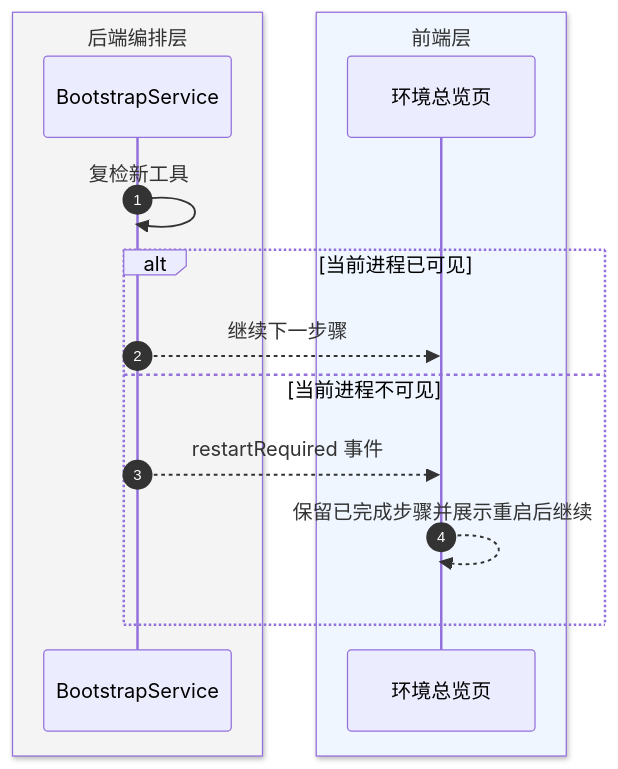
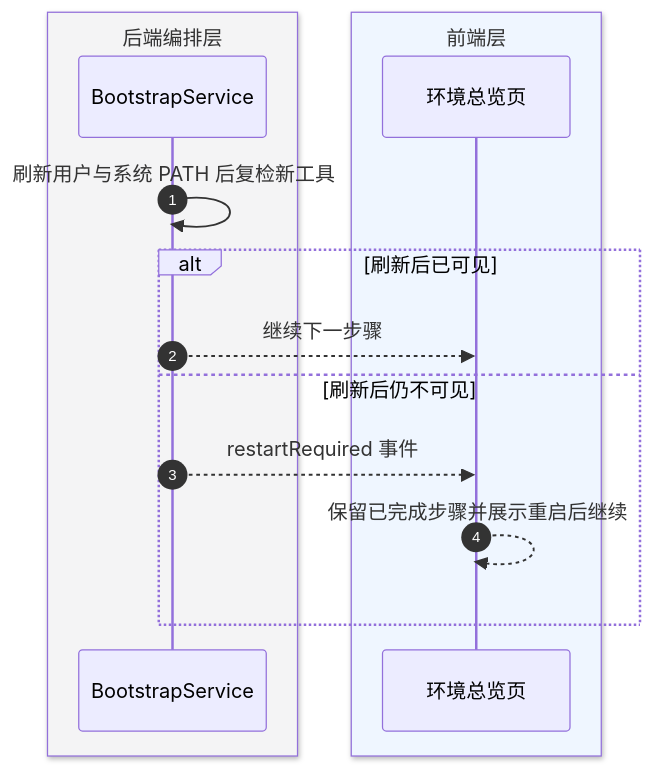
One commit to exception-coder/kai-toolbox changed the fourth of 5 diagrams in docs/design/Forge研发环境看板/Forge研发环境看板-current.md. Above: the diagram before and after it, drawn with Mermaid. The commit also changed other lines of this file and 16 other files, not shown here.

````diff
--- a/docs/design/Forge研发环境看板/Forge研发环境看板-current.md
+++ b/docs/design/Forge研发环境看板/Forge研发环境看板-current.md
@@ -182,18 +182,18 @@
 ```mermaid
 sequenceDiagram
     autonumber
     box rgb(244, 244, 245) 后端编排层
         participant BOOT as BootstrapService
     end
     box rgb(239, 246, 255) 前端层
         participant PAGE as 环境总览页
     end
 
-    BOOT->>BOOT: 复检新工具
-    alt 当前进程已可见
+    BOOT->>BOOT: 刷新用户与系统 PATH 后复检新工具
+    alt 刷新后已可见
         BOOT-->>PAGE: 继续下一步骤
-    else 当前进程不可见
+    else 刷新后仍不可见
         BOOT-->>PAGE: restartRequired 事件
         PAGE-->>PAGE: 保留已完成步骤并展示重启后继续
     end
 ```
````
